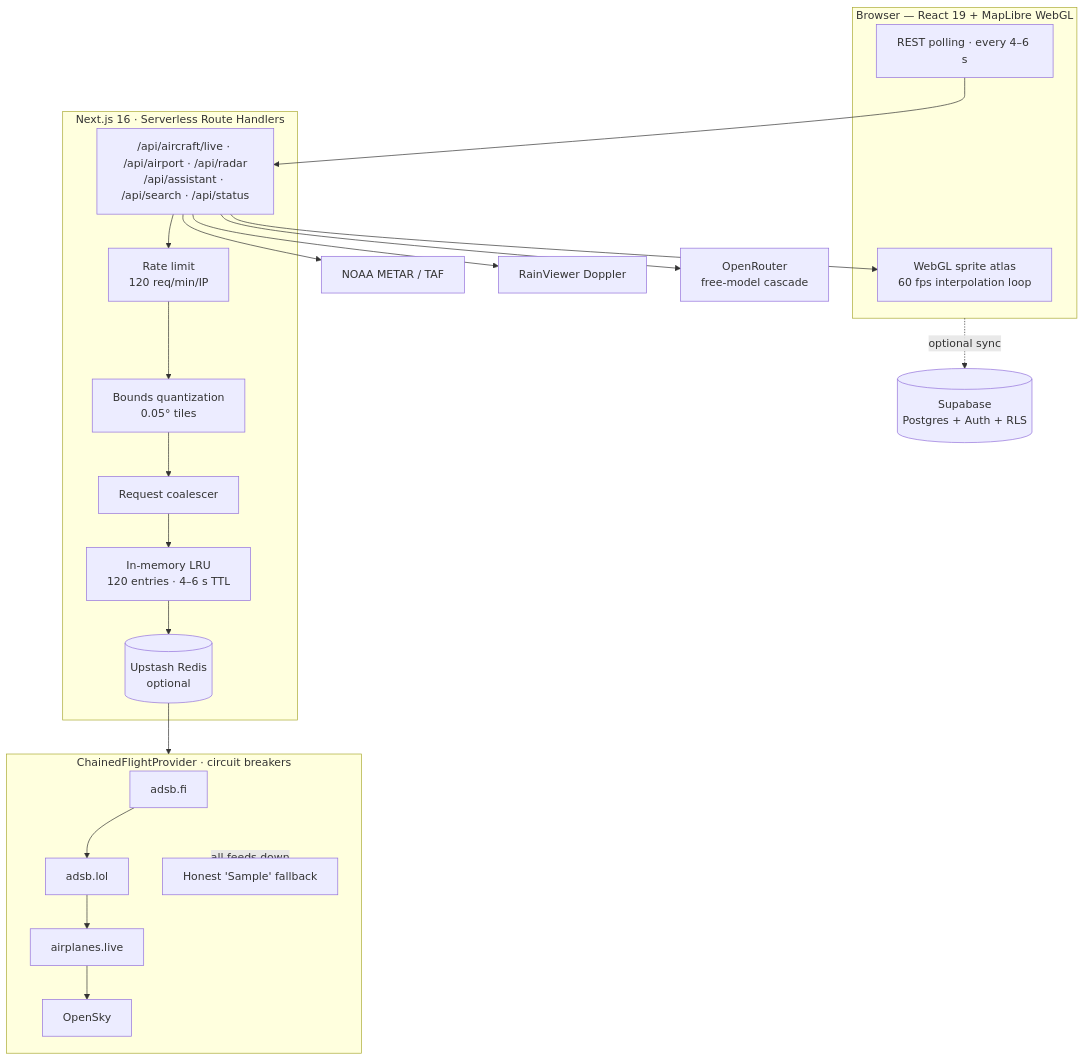
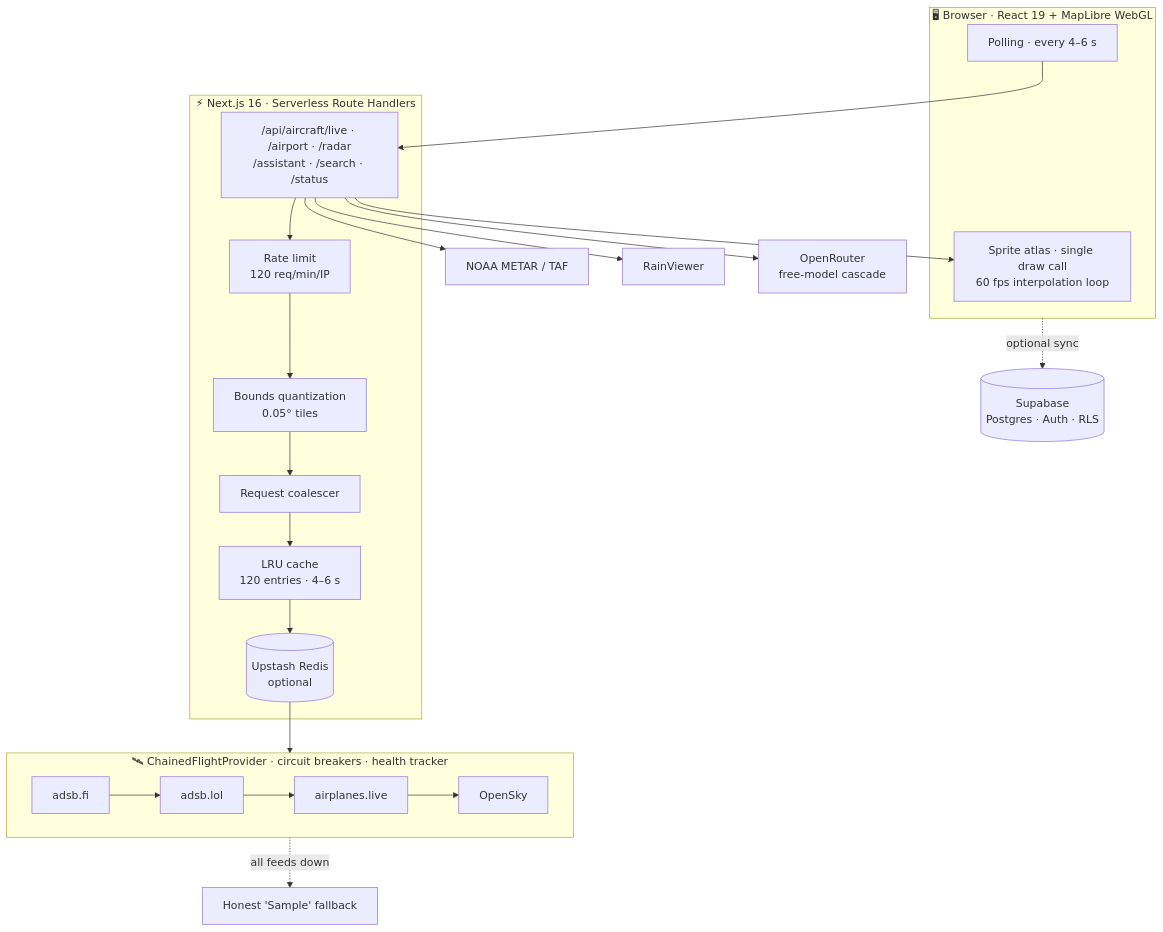
Before and after one commit to Crusty-chirayu/Aeroloom: the diagram in README.md, drawn with Mermaid. The commit also changed other lines of this file, not shown here.

````diff
--- a/README.md
+++ b/README.md
@@ -156,34 +200,33 @@
 ```mermaid
 flowchart TB
-    subgraph Browser["Browser — React 19 + MapLibre WebGL"]
-        R["WebGL sprite atlas<br/>60 fps interpolation loop"]
-        P["REST polling · every 4–6 s"]
+    subgraph Browser["🖥  Browser · React 19 + MapLibre WebGL"]
+        R["Sprite atlas · single draw call<br/>60 fps interpolation loop"]
+        P["Polling · every 4–6 s"]
     end
 
-    subgraph Next["Next.js 16 · Serverless Route Handlers"]
-        API["/api/aircraft/live · /api/airport · /api/radar<br/>/api/assistant · /api/search · /api/status"]
+    subgraph Edge["⚡ Next.js 16 · Serverless Route Handlers"]
+        API["/api/aircraft/live · /airport · /radar<br/>/assistant · /search · /status"]
         RL["Rate limit<br/>120 req/min/IP"]
         Q["Bounds quantization<br/>0.05° tiles"]
         C["Request coalescer"]
-        L1["In-memory LRU<br/>120 entries · 4–6 s TTL"]
+        L1["LRU cache<br/>120 entries · 4–6 s"]
         L2[("Upstash Redis<br/>optional")]
     end
 
-    subgraph Chain["ChainedFlightProvider · circuit breakers"]
+    subgraph Chain["🛰 ChainedFlightProvider · circuit breakers · health tracker"]
+        direction LR
         A1["adsb.fi"] --> A2["adsb.lol"] --> A3["airplanes.live"] --> A4["OpenSky"]
-        S["Honest 'Sample' fallback"]
     end
 
+    S["Honest 'Sample' fallback"]
     W["NOAA METAR / TAF"]
-    RV["RainViewer Doppler"]
+    RV["RainViewer"]
     LLM["OpenRouter<br/>free-model cascade"]
-    DB[("Supabase<br/>Postgres + Auth + RLS")]
+    DB[("Supabase<br/>Postgres · Auth · RLS")]
 
     P --> API --> RL --> Q --> C --> L1 --> L2 --> Chain
-    API --> W
-    API --> RV
-    API --> LLM
-    Browser -.optional sync.-> DB
     Chain -. all feeds down .-> S
+    API --> W & RV & LLM
+    Browser -. optional sync .-> DB
     API --> R
 ```
````
